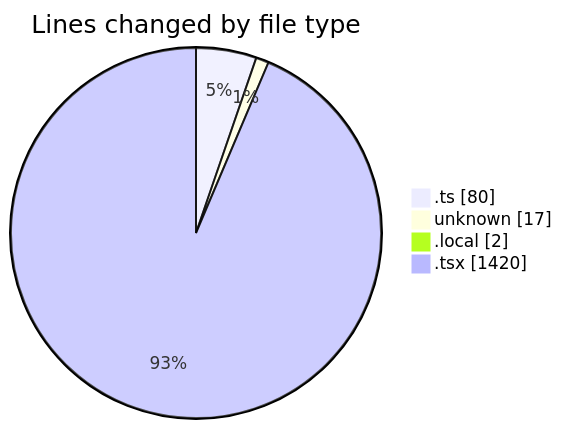
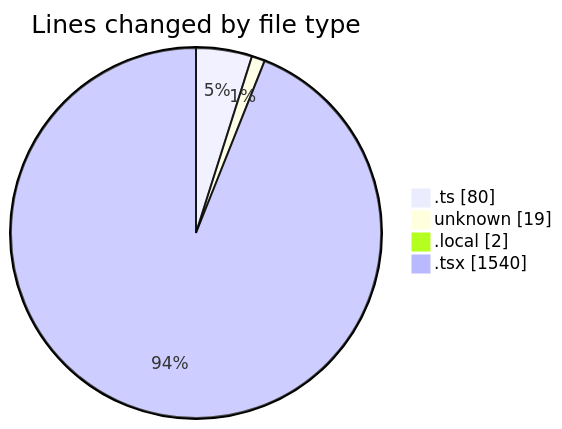
Before and after one commit to JenPaints/code-tracking: the first of 2 diagrams in 2025-06-21/archive/README.md, drawn with Mermaid. The commit also changed other lines of this file and 1 other file, not shown here.

````diff
--- a/2025-06-21/archive/README.md
+++ b/2025-06-21/archive/README.md
@@ -27,8 +28,8 @@
 ```mermaid
 pie showData
 title Lines changed by file type
 ".ts" : 80
-"unknown" : 17
+"unknown" : 19
 ".local" : 2
-".tsx" : 1420
+".tsx" : 1540
 ```
````
